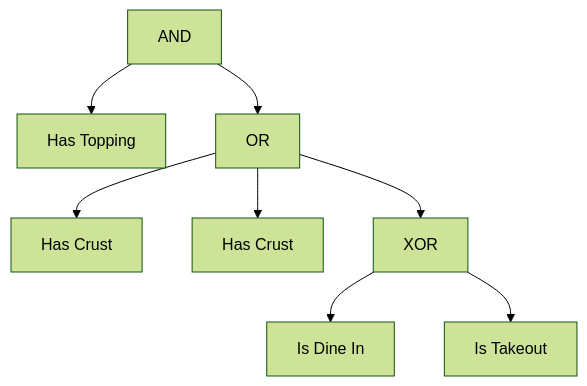
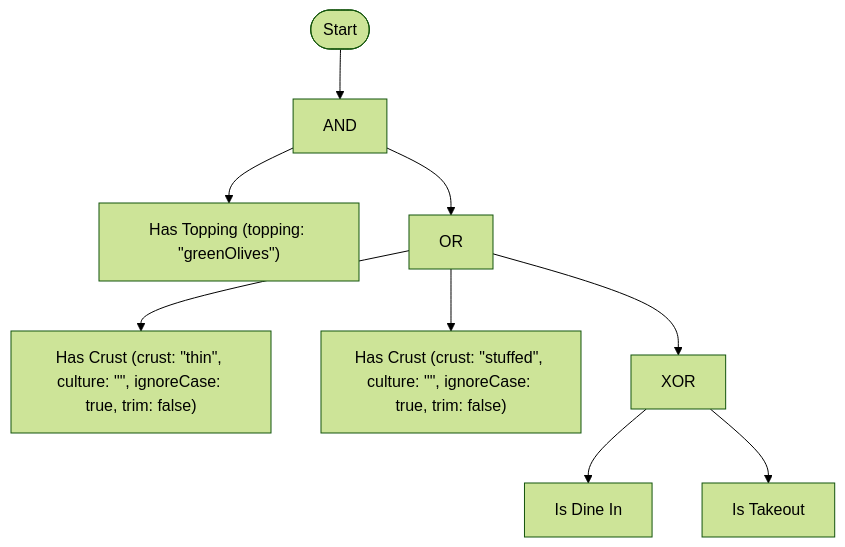
One commit to rheone/Boolean-Rules-Engine changed the third of 5 diagrams in README.md. Above: the diagram before and after it, drawn with Mermaid (forest theme). The commit also changed other lines of this file and 9 other files, not shown here.

First line of the commit message:
Add a Mermaid start marker, show term argument values in diagrams, and add a configurable string-equality predicate

````diff
--- a/README.md
+++ b/README.md
@@ -954,18 +963,19 @@
 ```mermaid
 flowchart TD
+    Start(["Start"]) --> n0
     n0["AND"]
-    n1["Has Topping"]
+    n1["Has Topping (topping: #quot;greenOlives#quot;)"]
     n0 --> n1
     n2["OR"]
-    n3["Has Crust"]
+    n3["Has Crust (crust: #quot;thin#quot;, culture: #quot;#quot;, ignoreCase: true, trim: false)"]
     n2 --> n3
-    n4["Has Crust"]
+    n4["Has Crust (crust: #quot;stuffed#quot;, culture: #quot;#quot;, ignoreCase: true, trim: false)"]
     n2 --> n4
     n5["XOR"]
     n6["Is Dine In"]
     n5 --> n6
     n7["Is Takeout"]
     n5 --> n7
     n2 --> n5
     n0 --> n2
 ```
````
